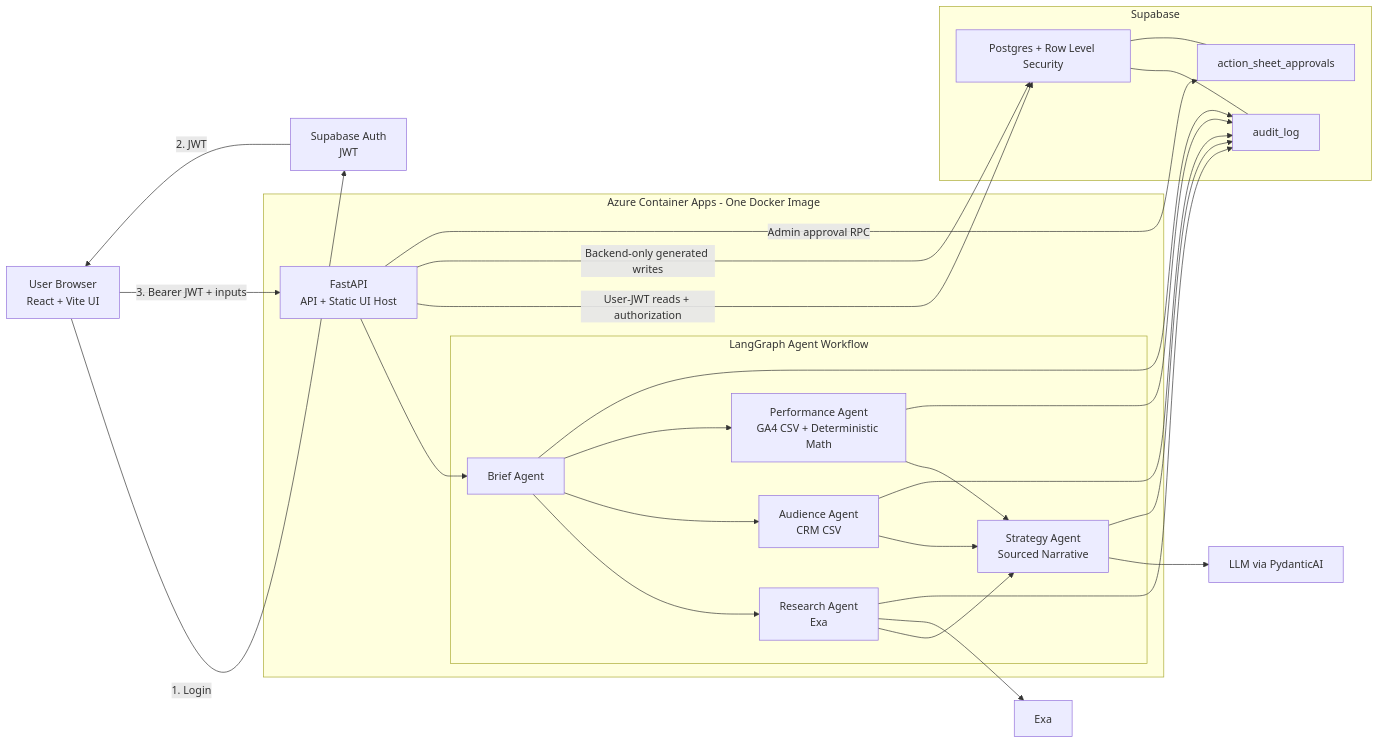
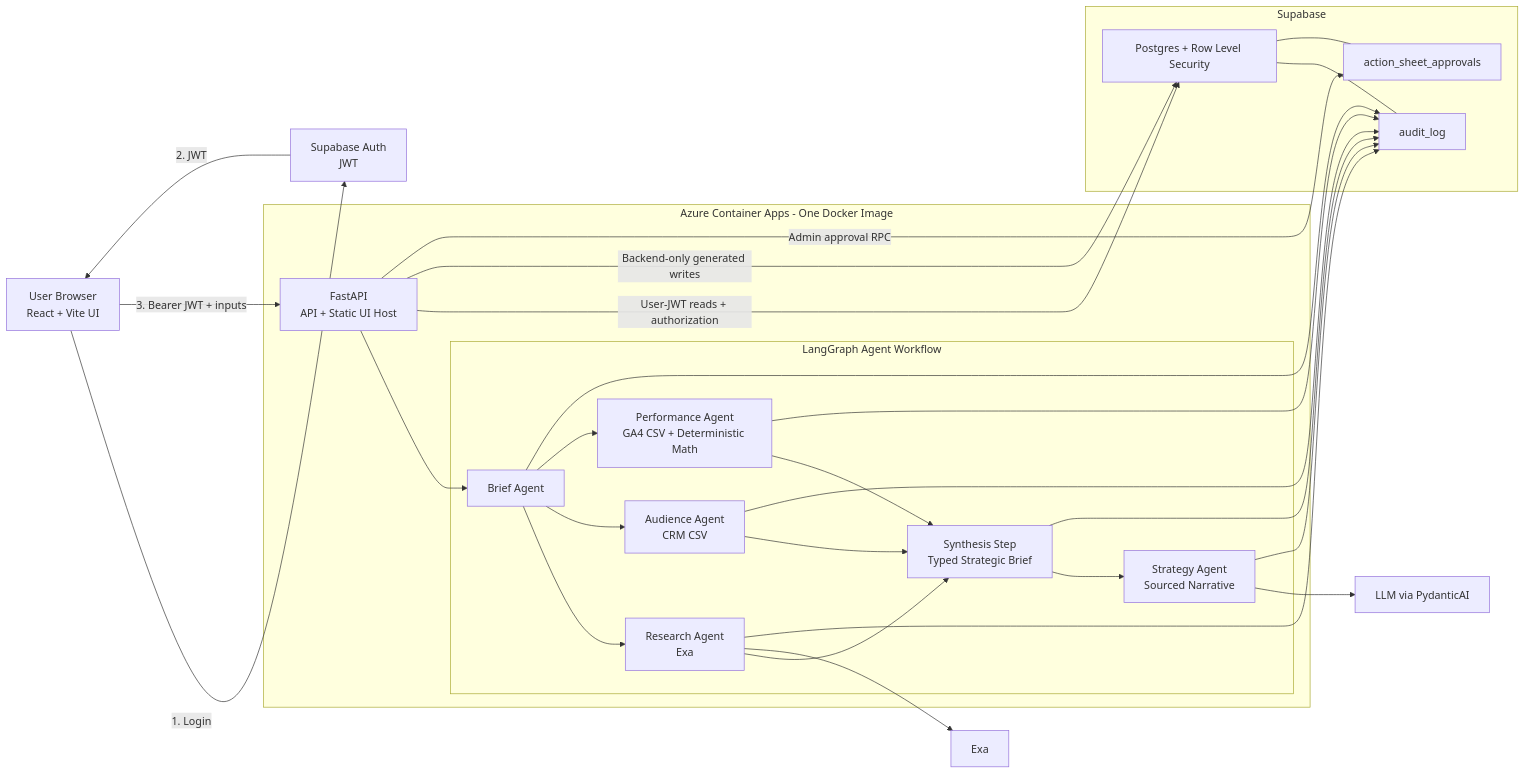
One commit to georgeschamma/mira-agent changed the diagram in SUBMISSION.md. Above: the diagram before and after it, drawn with Mermaid. The commit also changed 11 other files, not shown here.

````diff
--- a/SUBMISSION.md
+++ b/SUBMISSION.md
@@ -32,48 +32,51 @@
 ```mermaid
 flowchart LR
     Browser["User Browser<br/>React + Vite UI"]
     Auth["Supabase Auth<br/>JWT"]
 
     subgraph Azure["Azure Container Apps - One Docker Image"]
         FastAPI["FastAPI<br/>API + Static UI Host"]
         subgraph Graph["LangGraph Agent Workflow"]
             Brief["Brief Agent"]
             Research["Research Agent<br/>Exa"]
             Audience["Audience Agent<br/>CRM CSV"]
             Performance["Performance Agent<br/>GA4 CSV + Deterministic Math"]
+            Synthesize["Synthesis Step<br/>Typed Strategic Brief"]
             Strategy["Strategy Agent<br/>Sourced Narrative"]
             Brief --> Research
             Brief --> Audience
             Brief --> Performance
-            Research --> Strategy
-            Audience --> Strategy
-            Performance --> Strategy
+            Research --> Synthesize
+            Audience --> Synthesize
+            Performance --> Synthesize
+            Synthesize --> Strategy
         end
         FastAPI --> Brief
     end
 
     subgraph Supabase["Supabase"]
         RLS["Postgres + Row Level Security"]
         Audit["audit_log"]
         Approval["action_sheet_approvals"]
     end
 
     Exa["Exa"]
     LLM["LLM via PydanticAI"]
 
     Browser -->|"1. Login"| Auth
     Auth -->|"2. JWT"| Browser
     Browser -->|"3. Bearer JWT + inputs"| FastAPI
     FastAPI -->|"User-JWT reads + authorization"| RLS
     FastAPI -->|"Backend-only generated writes"| RLS
     FastAPI -->|"Admin approval RPC"| Approval
     Research --> Exa
     Strategy --> LLM
     Brief --> Audit
     Research --> Audit
     Audience --> Audit
     Performance --> Audit
+    Synthesize --> Audit
     Strategy --> Audit
     RLS --- Audit
     RLS --- Approval
 ```
````
